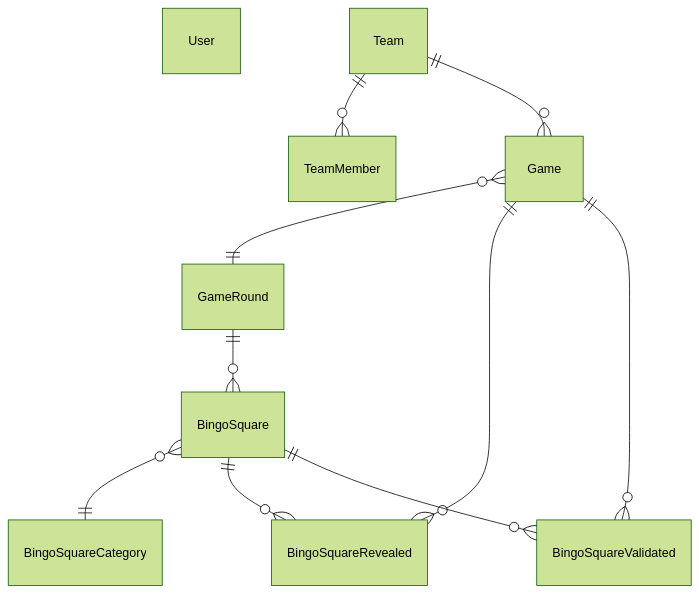
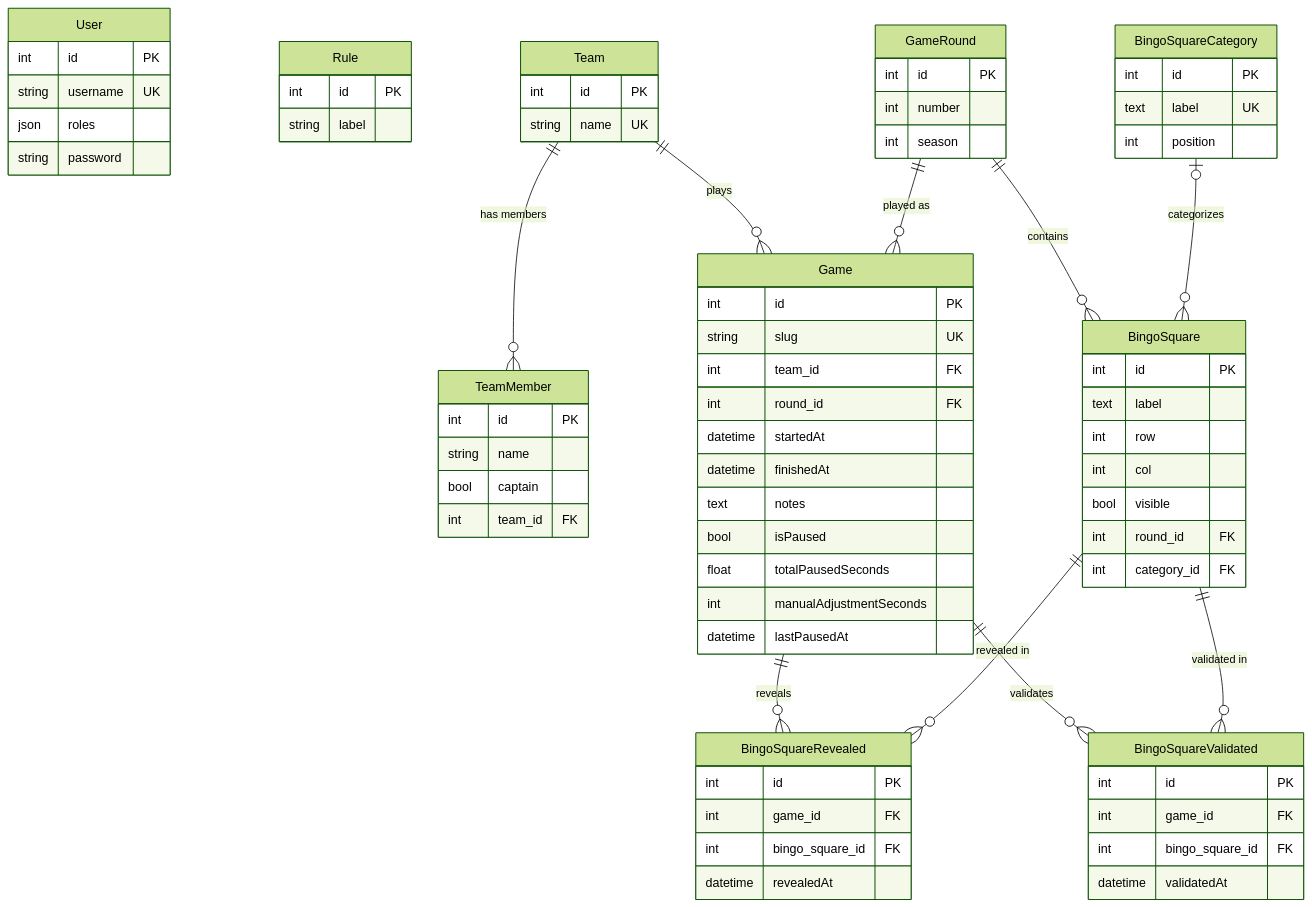
The second of 2 diagrams in README.md (Semche95/LethalBingo), drawn with Mermaid (forest theme) before and after one commit. The commit also changed other lines of this file and 58 other files, not shown here.

````diff
--- a/README.md
+++ b/README.md
@@ -227,14 +234,77 @@
 ```mermaid
 erDiagram
     User {
+        int id PK
+        string username UK
+        json roles
+        string password
     }
-    Team ||--o{ TeamMember : ""
-    Team ||--o{ Game : ""
-    Game }o--|| GameRound : ""
-    GameRound ||--o{ BingoSquare : ""
-    BingoSquare }o--|| BingoSquareCategory : ""
-    Game ||--o{ BingoSquareRevealed : ""
-    BingoSquare ||--o{ BingoSquareRevealed : ""
-    Game ||--o{ BingoSquareValidated : ""
-    BingoSquare ||--o{ BingoSquareValidated : ""
+    Rule {
+        int id PK
+        string label
+    }
+    Team {
+        int id PK
+        string name UK
+    }
+    TeamMember {
+        int id PK
+        string name
+        bool captain
+        int team_id FK
+    }
+    GameRound {
+        int id PK
+        int number
+        int season
+    }
+    Game {
+        int id PK
+        string slug UK
+        int team_id FK
+        int round_id FK
+        datetime startedAt
+        datetime finishedAt
+        text notes
+        bool isPaused
+        float totalPausedSeconds
+        int manualAdjustmentSeconds
+        datetime lastPausedAt
+    }
+    BingoSquareCategory {
+        int id PK
+        text label UK
+        int position
+    }
+    BingoSquare {
+        int id PK
+        text label
+        int row
+        int col
+        bool visible
+        int round_id FK
+        int category_id FK
+    }
+    BingoSquareRevealed {
+        int id PK
+        int game_id FK
+        int bingo_square_id FK
+        datetime revealedAt
+    }
+    BingoSquareValidated {
+        int id PK
+        int game_id FK
+        int bingo_square_id FK
+        datetime validatedAt
+    }
+
+    Team ||--o{ TeamMember : "has members"
+    Team ||--o{ Game : "plays"
+    GameRound ||--o{ Game : "played as"
+    GameRound ||--o{ BingoSquare : "contains"
+    BingoSquareCategory |o--o{ BingoSquare : "categorizes"
+    Game ||--o{ BingoSquareRevealed : "reveals"
+    BingoSquare ||--o{ BingoSquareRevealed : "revealed in"
+    Game ||--o{ BingoSquareValidated : "validates"
+    BingoSquare ||--o{ BingoSquareValidated : "validated in"
 ```
````
